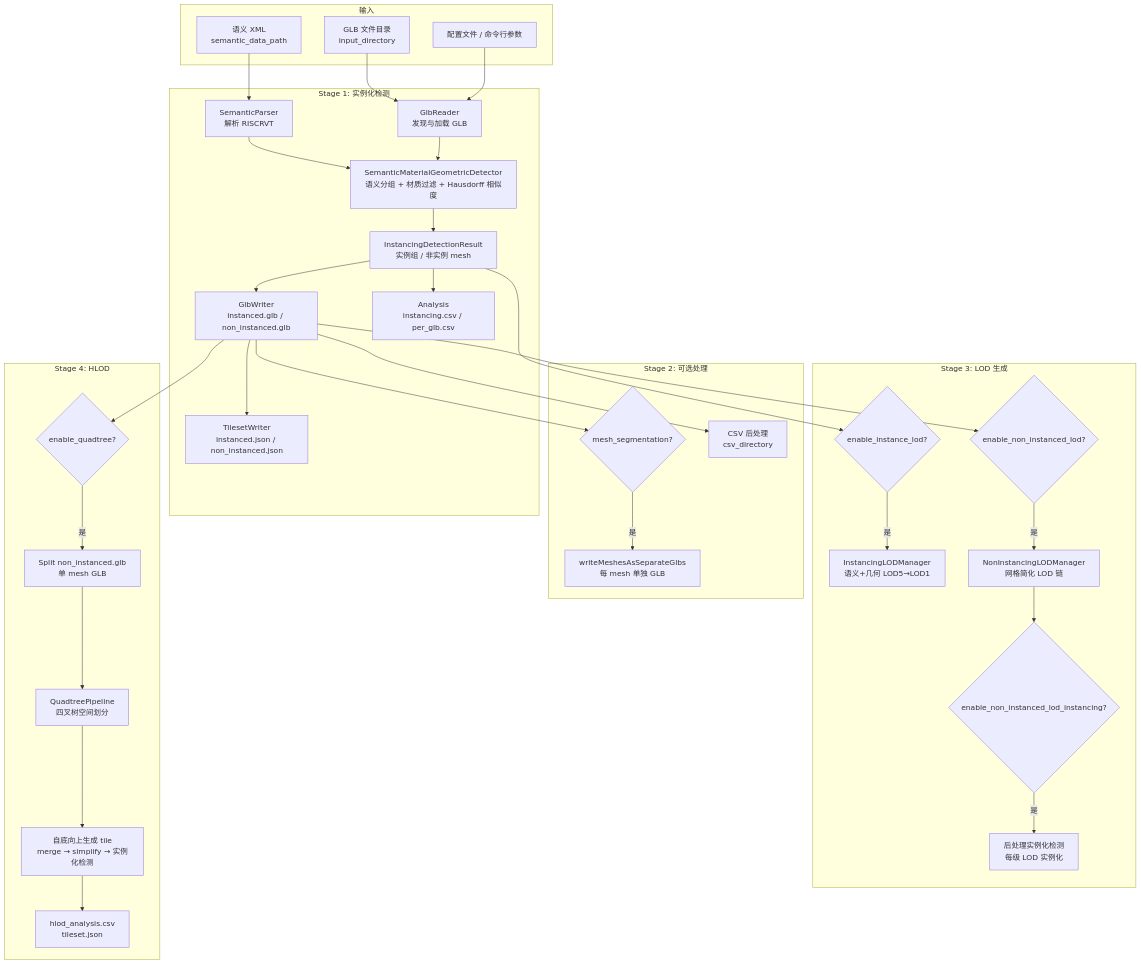
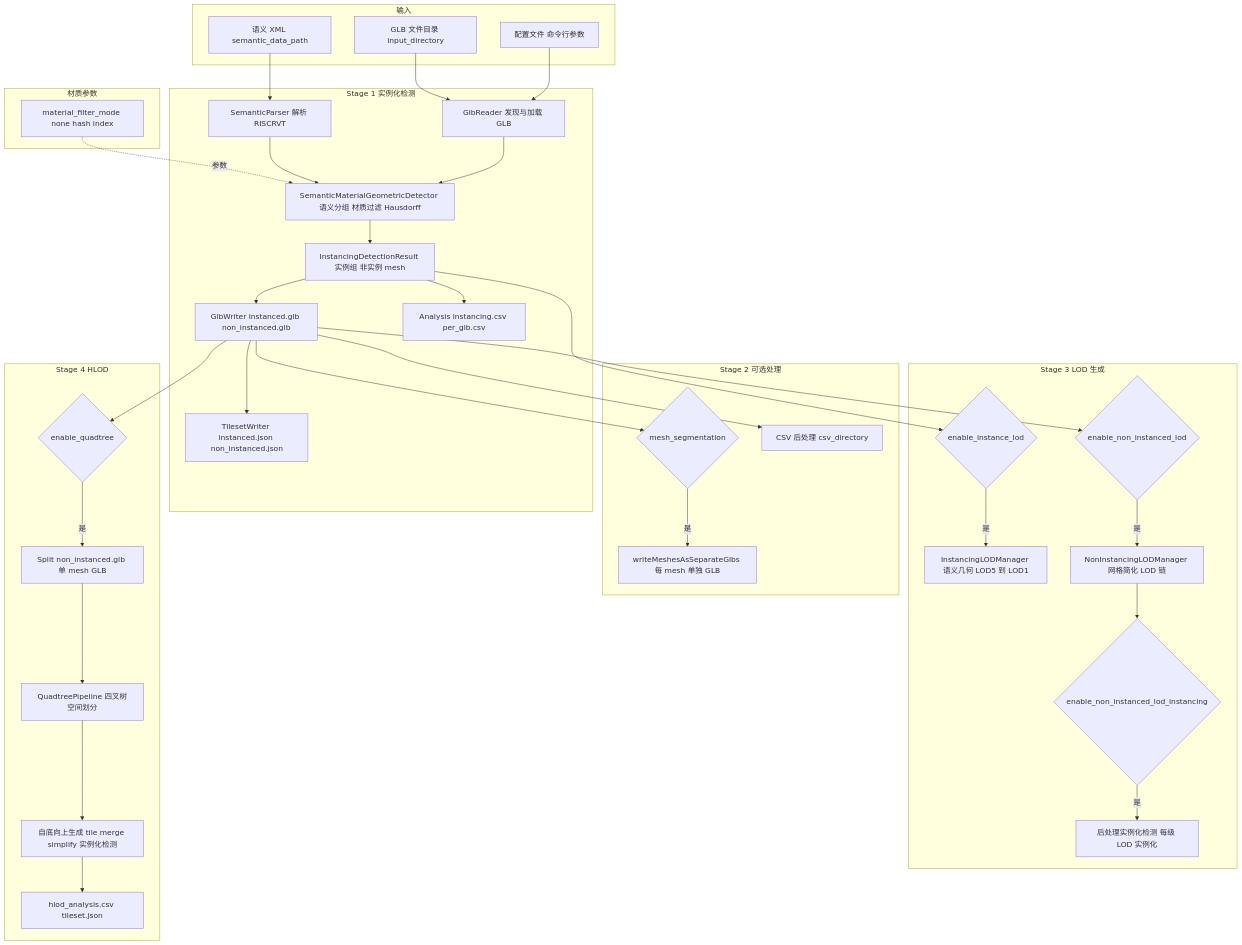
Before and after one commit to 271586852/GltfInstancingAndTilingTool: the first of 9 diagrams in diagrams/技术流程图_mermaid.md, drawn with Mermaid. The commit also changed other lines of this file and 5 other files, not shown here.

````diff
--- a/diagrams/技术流程图_mermaid.md
+++ b/diagrams/技术流程图_mermaid.md
@@ -5,68 +7,73 @@
 ```mermaid
-flowchart TB
-    subgraph 输入
-        A1[GLB 文件目录<br/>input_directory]
-        A2[语义 XML<br/>semantic_data_path]
-        A3[配置文件 / 命令行参数]
+graph TB
+    subgraph input [输入]
+        A1[GLB 文件目录 input_directory]
+        A2[语义 XML semantic_data_path]
+        A3[配置文件 命令行参数]
     end
 
-    subgraph Stage1["Stage 1: 实例化检测"]
-        B1[GlbReader<br/>发现与加载 GLB]
-        B2[SemanticParser<br/>解析 RISCRVT]
-        B3[SemanticMaterialGeometricDetector<br/>语义分组 + 材质过滤 + Hausdorff 相似度]
-        B4[InstancingDetectionResult<br/>实例组 / 非实例 mesh]
-        B5[GlbWriter<br/>instanced.glb / non_instanced.glb]
-        B6[TilesetWriter<br/>instanced.json / non_instanced.json]
-        B7[Analysis<br/>instancing.csv / per_glb.csv]
+    subgraph stage1 [Stage 1 实例化检测]
+        B1[GlbReader 发现与加载 GLB]
+        B2[SemanticParser 解析 RISCRVT]
+        B3[SemanticMaterialGeometricDetector 语义分组 材质过滤 Hausdorff]
+        B4[InstancingDetectionResult 实例组 非实例 mesh]
+        B5[GlbWriter instanced.glb non_instanced.glb]
+        B6[TilesetWriter instanced.json non_instanced.json]
+        B7[Analysis instancing.csv per_glb.csv]
     end
 
-    subgraph Stage2["Stage 2: 可选处理"]
-        C1{mesh_segmentation?}
-        C2[writeMeshesAsSeparateGlbs<br/>每 mesh 单独 GLB]
-        C3[CSV 后处理<br/>csv_directory]
+    subgraph material_param [材质参数]
+        M0[material_filter_mode none hash index]
     end
 
-    subgraph Stage3["Stage 3: LOD 生成"]
-        D1{enable_instance_lod?}
-        D2[InstancingLODManager<br/>语义+几何 LOD5→LOD1]
-        D3{enable_non_instanced_lod?}
-        D4[NonInstancingLODManager<br/>网格简化 LOD 链]
-        D5{enable_non_instanced_lod_instancing?}
-        D6[后处理实例化检测<br/>每级 LOD 实例化]
+    subgraph stage2 [Stage 2 可选处理]
+        C1{mesh_segmentation}
+        C2[writeMeshesAsSeparateGlbs 每 mesh 单独 GLB]
+        C3[CSV 后处理 csv_directory]
     end
 
-    subgraph Stage4["Stage 4: HLOD"]
-        E1{enable_quadtree?}
-        E2[Split non_instanced.glb<br/>单 mesh GLB]
-        E3[QuadtreePipeline<br/>四叉树空间划分]
-        E4[自底向上生成 tile<br/>merge → simplify → 实例化检测]
-        E5[hlod_analysis.csv<br/>tileset.json]
+    subgraph stage3 [Stage 3 LOD 生成]
+        D1{enable_instance_lod}
+        D2[InstancingLODManager 语义几何 LOD5 到 LOD1]
+        D3{enable_non_instanced_lod}
+        D4[NonInstancingLODManager 网格简化 LOD 链]
+        D5{enable_non_instanced_lod_instancing}
+        D6[后处理实例化检测 每级 LOD 实例化]
+    end
+
+    subgraph stage4 [Stage 4 HLOD]
+        E1{enable_quadtree}
+        E2[Split non_instanced.glb 单 mesh GLB]
+        E3[QuadtreePipeline 四叉树空间划分]
+        E4[自底向上生成 tile merge simplify 实例化检测]
+        E5[hlod_analysis.csv tileset.json]
     end
 
     A1 --> B1
     A2 --> B2
     A3 --> B1
+    M0 -.参数.-> B3
     B2 --> B3
     B1 --> B3
     B3 --> B4
     B4 --> B5
     B5 --> B6
     B4 --> B7
 
     B5 --> C1
     C1 -->|是| C2
     B5 --> C3
 
     B4 --> D1
     D1 -->|是| D2
     B5 --> D3
     D3 -->|是| D4
     D4 --> D5
     D5 -->|是| D6
 
     B5 --> E1
     E1 -->|是| E2
     E2 --> E3
     E3 --> E4
     E4 --> E5
 ```
````
